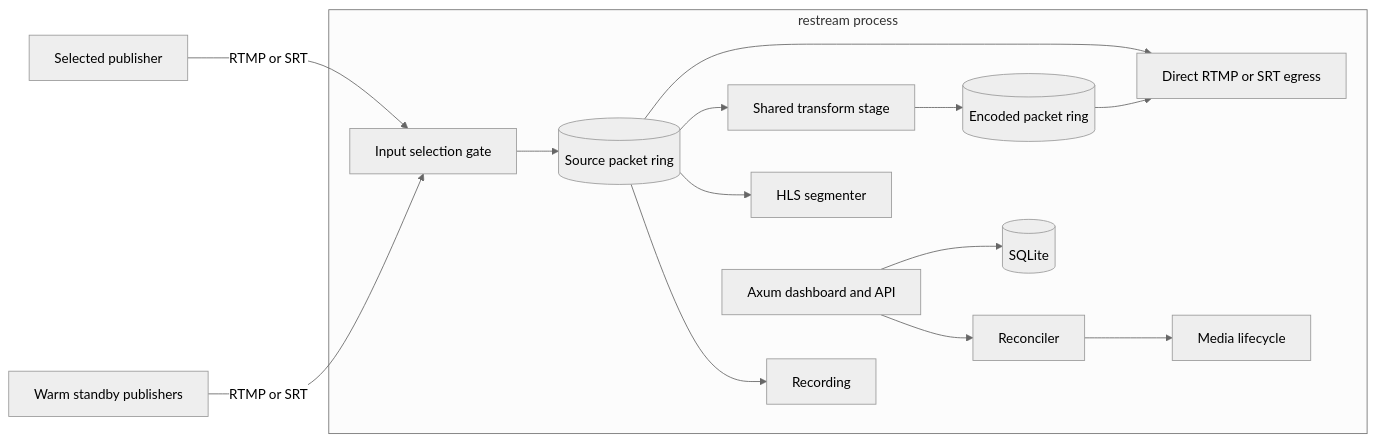
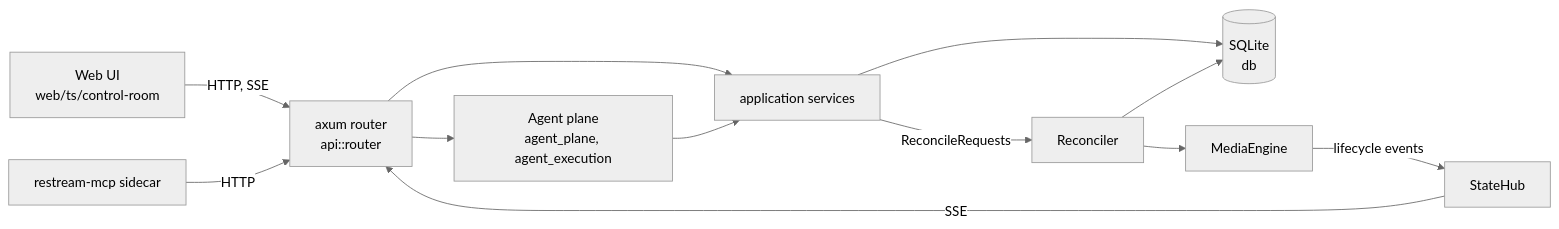
The second of 6 diagrams in docs/architecture.md (krsna1729/restream), drawn with Mermaid (neutral theme) before and after one commit. The commit also changed other lines of this file and 26 other files, not shown here.

First line of the commit message:
docs: rewrite every page against current source, with diagrams (#372)

````diff
--- a/docs/architecture.md
+++ b/docs/architecture.md
@@ -24,19 +81,14 @@
 ```mermaid
 flowchart LR
-    Primary["Selected publisher"] -->|"RTMP or SRT"| Selection["Input selection gate"]
-    Standby["Warm standby publishers"] -->|"RTMP or SRT"| Selection
-
-    subgraph Restream["restream process"]
-        Selection --> Source[("Source packet ring")]
-        Source --> Direct["Direct RTMP or SRT egress"]
-        Source --> Transform["Shared transform stage"]
-        Transform --> Encoded[("Encoded packet ring")]
-        Encoded --> Direct
-        Source --> Hls["HLS segmenter"]
-        Source --> Recorder["Recording"]
-
-        Api["Axum dashboard and API"] --> Database[("SQLite")]
-        Reconciler["Reconciler"] --> Runtime["Media lifecycle"]
-        Api --> Reconciler
-    end
+    Ui["Web UI<br/>web/ts/control-room"] -->|"HTTP, SSE"| Api["axum router<br/>api::router"]
+    Mcp["restream-mcp sidecar"] -->|HTTP| Api
+    Api --> Agent["Agent plane<br/>agent_plane, agent_execution"]
+    Api --> App["application services"]
+    Agent --> App
+    App --> Db[("SQLite<br/>db")]
+    App -->|"ReconcileRequests"| Rec["Reconciler"]
+    Rec --> Db
+    Rec --> Engine["MediaEngine"]
+    Engine -->|"lifecycle events"| Hub["StateHub"]
+    Hub -->|SSE| Api
 ```
````
